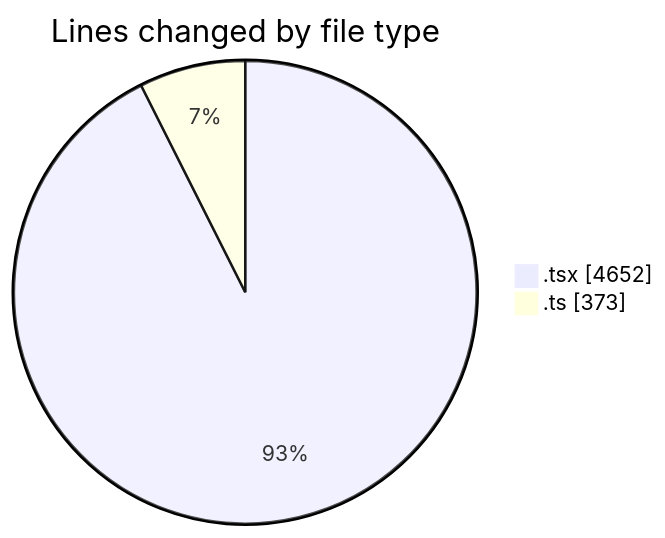
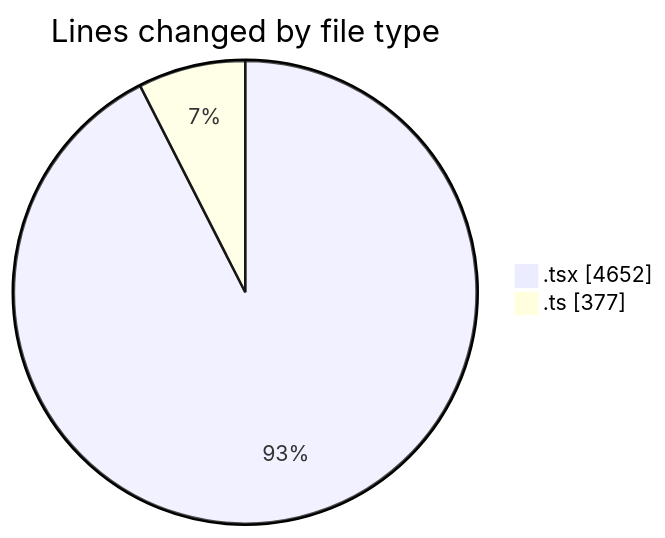
Before and after one commit to nxtqubesakshisongat/code-tracking: the first of 2 diagrams in 2026-03-15/nxtqube_webapp/README.md, drawn with Mermaid. The commit also changed other lines of this file and 1 other file, not shown here.

````diff
--- a/2026-03-15/nxtqube_webapp/README.md
+++ b/2026-03-15/nxtqube_webapp/README.md
@@ -25,6 +25,6 @@
 ```mermaid
 pie showData
 title Lines changed by file type
 ".tsx" : 4652
-".ts" : 373
+".ts" : 377
 ```
````
